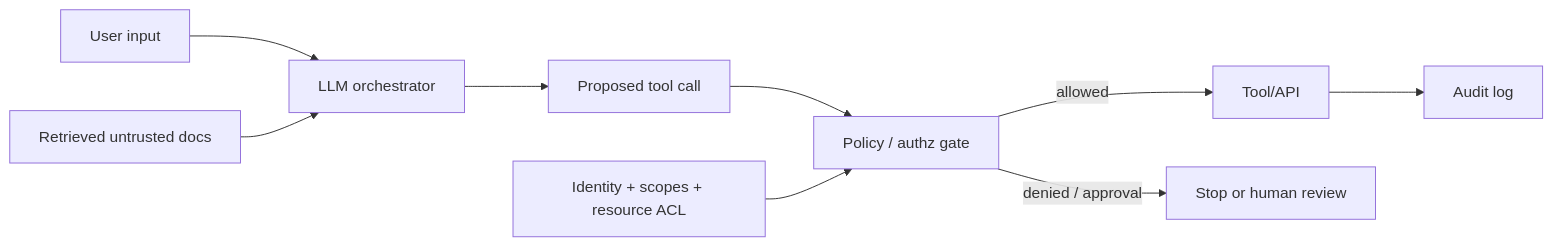
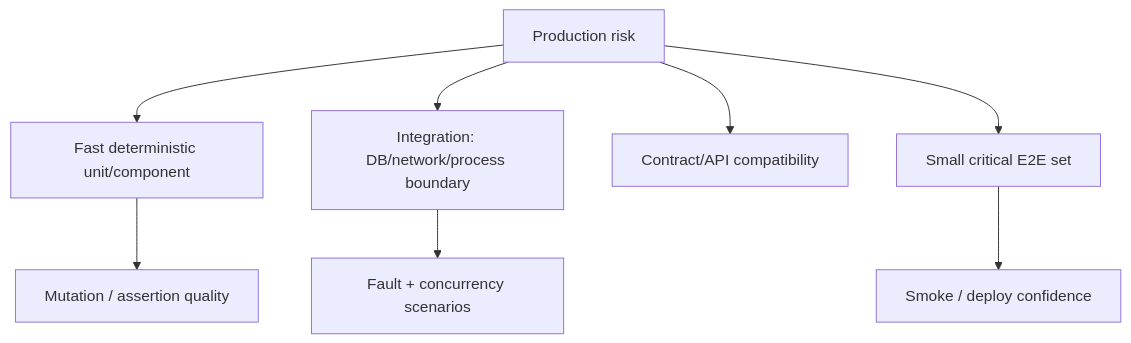
Before and after one commit to cebrailbagatarhan/software-engineering-interview-roadmap: the second of 2 diagrams in daily/2026-09-21/04-00.md, drawn with Mermaid. The commit also changed other lines of this file, not shown here.

````diff
--- a/daily/2026-09-21/04-00.md
+++ b/daily/2026-09-21/04-00.md
@@ -73,11 +78,10 @@
 ```mermaid
-flowchart LR
-  U[User input] --> O[LLM orchestrator]
-  D[Retrieved untrusted docs] --> O
-  O --> P[Proposed tool call]
-  P --> G[Policy / authz gate]
-  I[Identity + scopes + resource ACL] --> G
-  G -->|allowed| T[Tool/API]
-  G -->|denied / approval| X[Stop or human review]
-  T --> A[Audit log]
+flowchart TB
+  R[Production risk] --> U[Fast deterministic unit/component]
+  R --> I[Integration: DB/network/process boundary]
+  R --> C[Contract/API compatibility]
+  R --> E[Small critical E2E set]
+  U --> M[Mutation / assertion quality]
+  I --> F[Fault + concurrency scenarios]
+  E --> S[Smoke / deploy confidence]
 ```
````
